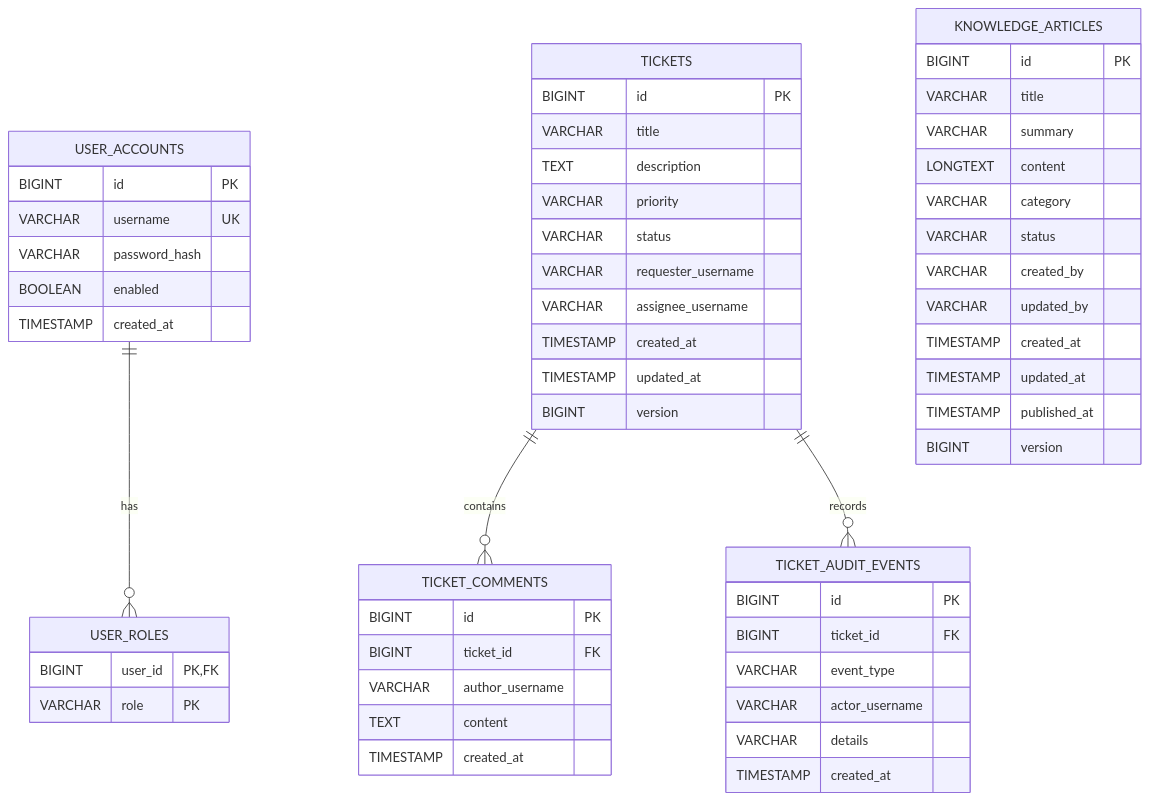
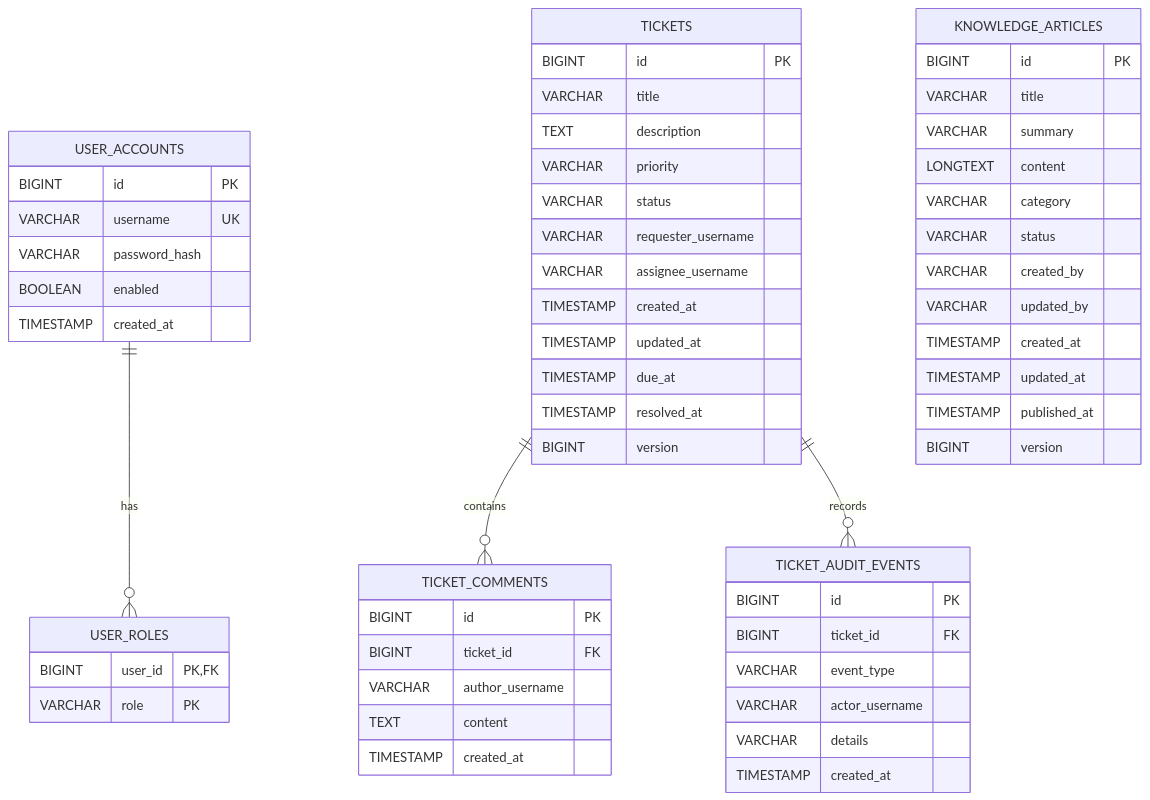
The second of 5 diagrams in docs/architecture.md (walnut25/ServiceMind), drawn with Mermaid before and after one commit. The commit also changed other lines of this file and 25 other files, not shown here.

````diff
--- a/docs/architecture.md
+++ b/docs/architecture.md
@@ -75,64 +75,66 @@
 ```mermaid
 erDiagram
     USER_ACCOUNTS ||--o{ USER_ROLES : has
     TICKETS ||--o{ TICKET_COMMENTS : contains
     TICKETS ||--o{ TICKET_AUDIT_EVENTS : records
 
     USER_ACCOUNTS {
         BIGINT id PK
         VARCHAR username UK
         VARCHAR password_hash
         BOOLEAN enabled
         TIMESTAMP created_at
     }
 
     USER_ROLES {
         BIGINT user_id PK, FK
         VARCHAR role PK
     }
 
     TICKETS {
         BIGINT id PK
         VARCHAR title
         TEXT description
         VARCHAR priority
         VARCHAR status
         VARCHAR requester_username
         VARCHAR assignee_username
         TIMESTAMP created_at
         TIMESTAMP updated_at
+        TIMESTAMP due_at
+        TIMESTAMP resolved_at
         BIGINT version
     }
 
     TICKET_COMMENTS {
         BIGINT id PK
         BIGINT ticket_id FK
         VARCHAR author_username
         TEXT content
         TIMESTAMP created_at
     }
 
     TICKET_AUDIT_EVENTS {
         BIGINT id PK
         BIGINT ticket_id FK
         VARCHAR event_type
         VARCHAR actor_username
         VARCHAR details
         TIMESTAMP created_at
     }
 
     KNOWLEDGE_ARTICLES {
         BIGINT id PK
         VARCHAR title
         VARCHAR summary
         LONGTEXT content
         VARCHAR category
         VARCHAR status
         VARCHAR created_by
         VARCHAR updated_by
         TIMESTAMP created_at
         TIMESTAMP updated_at
         TIMESTAMP published_at
         BIGINT version
     }
 ```
````
